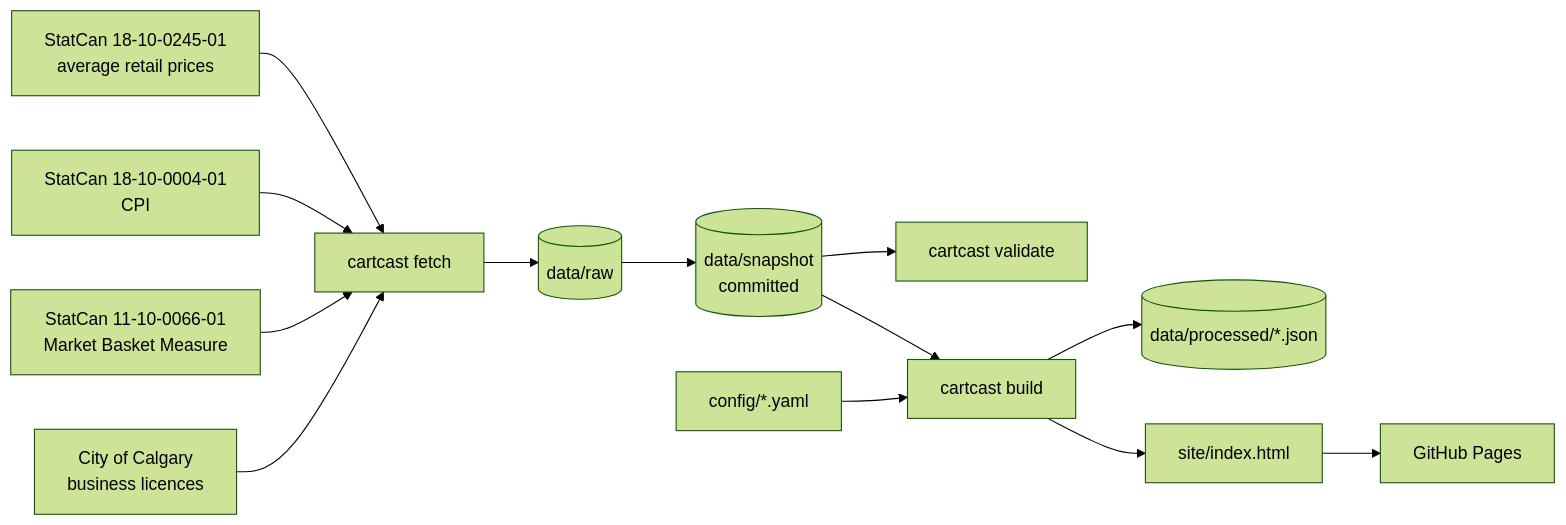
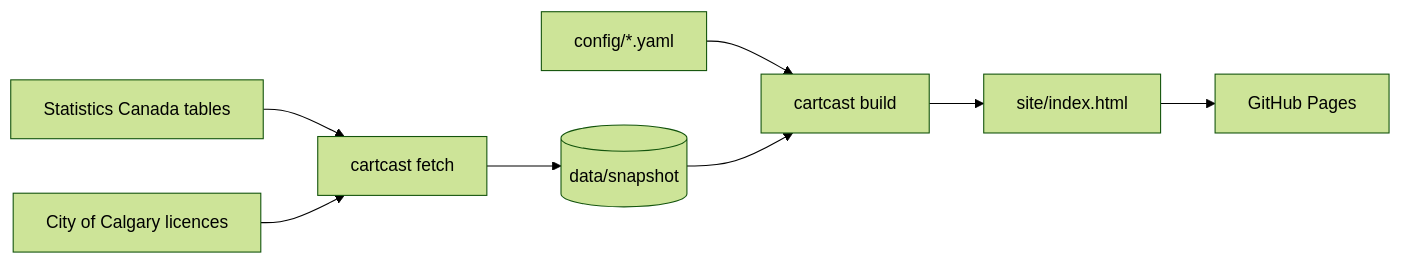
The diagram in README.md (AdrianJulve/cartcast-yyc), drawn with Mermaid (forest theme) before and after one commit. The commit also changed other lines of this file and 2 other files, not shown here.

````diff
--- a/README.md
+++ b/README.md
@@ -119,15 +50,10 @@
 ```mermaid
 flowchart LR
-  A[StatCan 18-10-0245-01<br/>average retail prices] --> F
-  B[StatCan 18-10-0004-01<br/>CPI] --> F
-  M[StatCan 11-10-0066-01<br/>Market Basket Measure] --> F
-  C[City of Calgary<br/>business licences] --> F
-  F[cartcast fetch] --> R[(data/raw)]
-  R --> N[(data/snapshot<br/>committed)]
-  N --> V[cartcast validate]
-  N --> P[cartcast build]
-  K[config/*.yaml] --> P
-  P --> J[(data/processed/*.json)]
-  P --> S[site/index.html]
+  A[Statistics Canada tables] --> F[cartcast fetch]
+  C[City of Calgary licences] --> F
+  F --> N[(data/snapshot)]
+  K[config/*.yaml] --> B[cartcast build]
+  N --> B
+  B --> S[site/index.html]
   S --> G[GitHub Pages]
 ```
````
